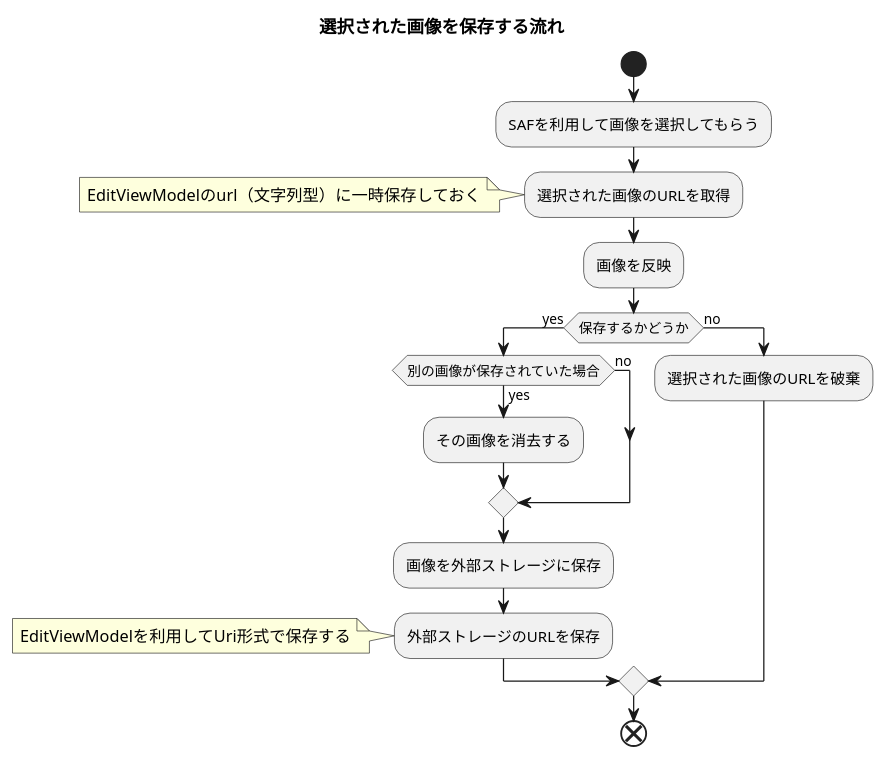
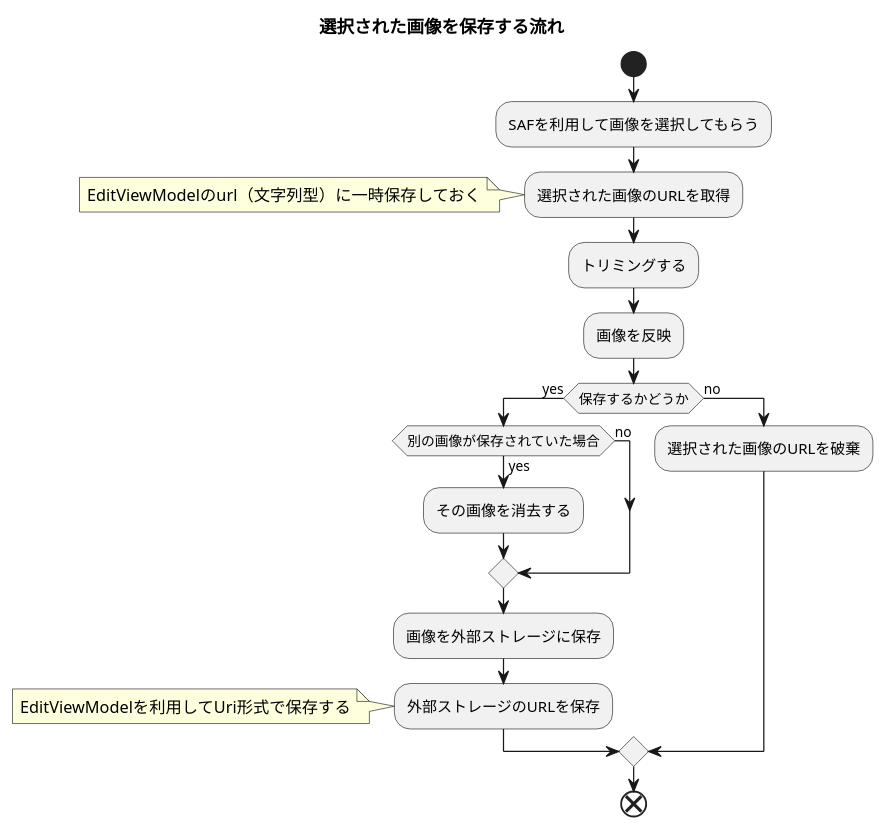
Before and after one commit to Wansuko-cmd/Katana-Recorder: the diagram in uml/image.puml, drawn with PlantUML. The commit also changed 13 other files, not shown here.

```diff
--- a/uml/image.puml
+++ b/uml/image.puml
@@ -1,30 +1,32 @@
 @startuml
 title 選択された画像を保存する流れ
 
 start
 
 :SAFを利用して画像を選択してもらう;
 
 :選択された画像のURLを取得;
 note left
     EditViewModelのurl（文字列型）に一時保存しておく
 end note
+
+:トリミングする;
 
 :画像を反映;
 
 if(保存するかどうか) then (yes)
     if(別の画像が保存されていた場合) then (yes)
         :その画像を消去する;
      else(no)
      endif
 
     :画像を外部ストレージに保存;
     :外部ストレージのURLを保存;
     note left
         EditViewModelを利用してUri形式で保存する
     end note
 else (no)
     :選択された画像のURLを破棄;
 endif
 end
 @enduml
```
